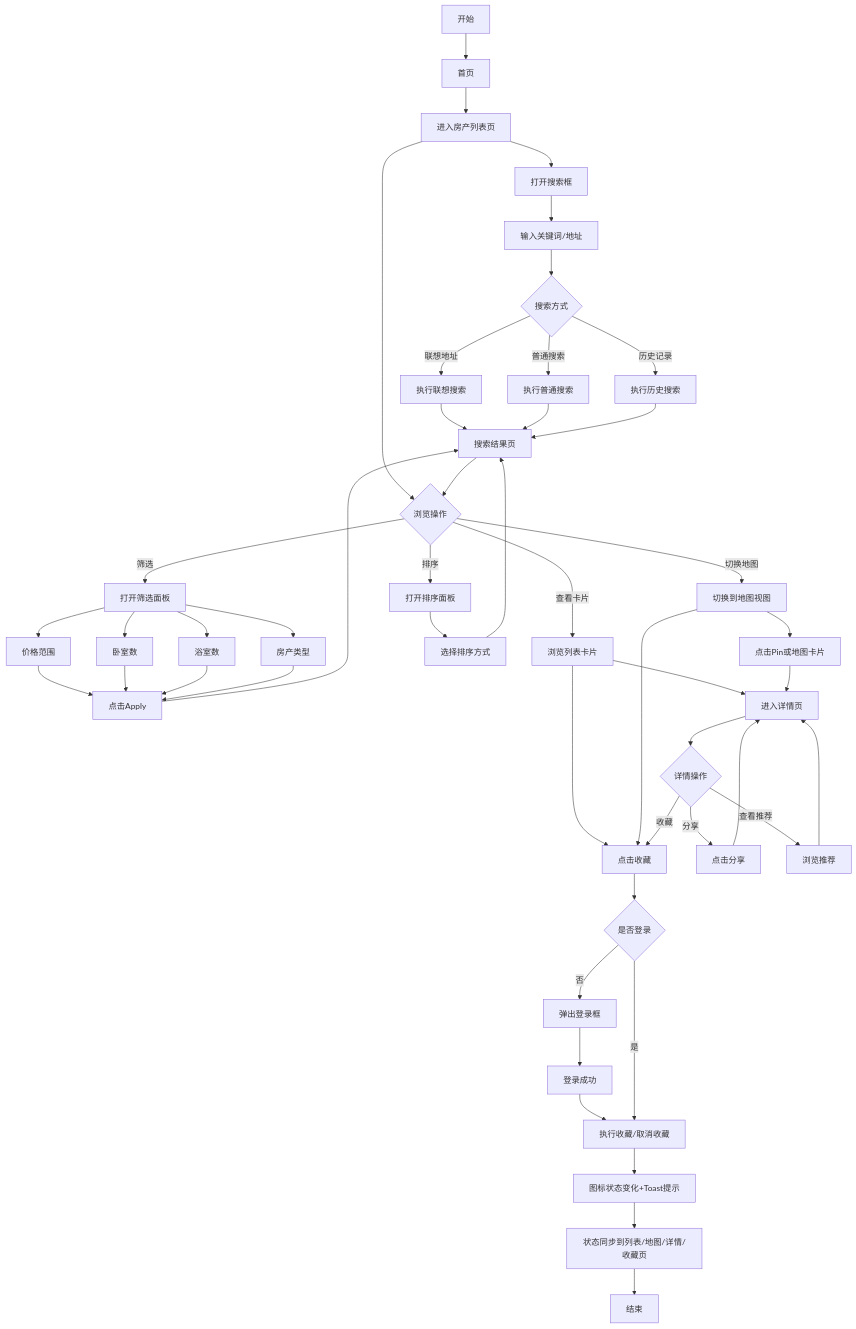
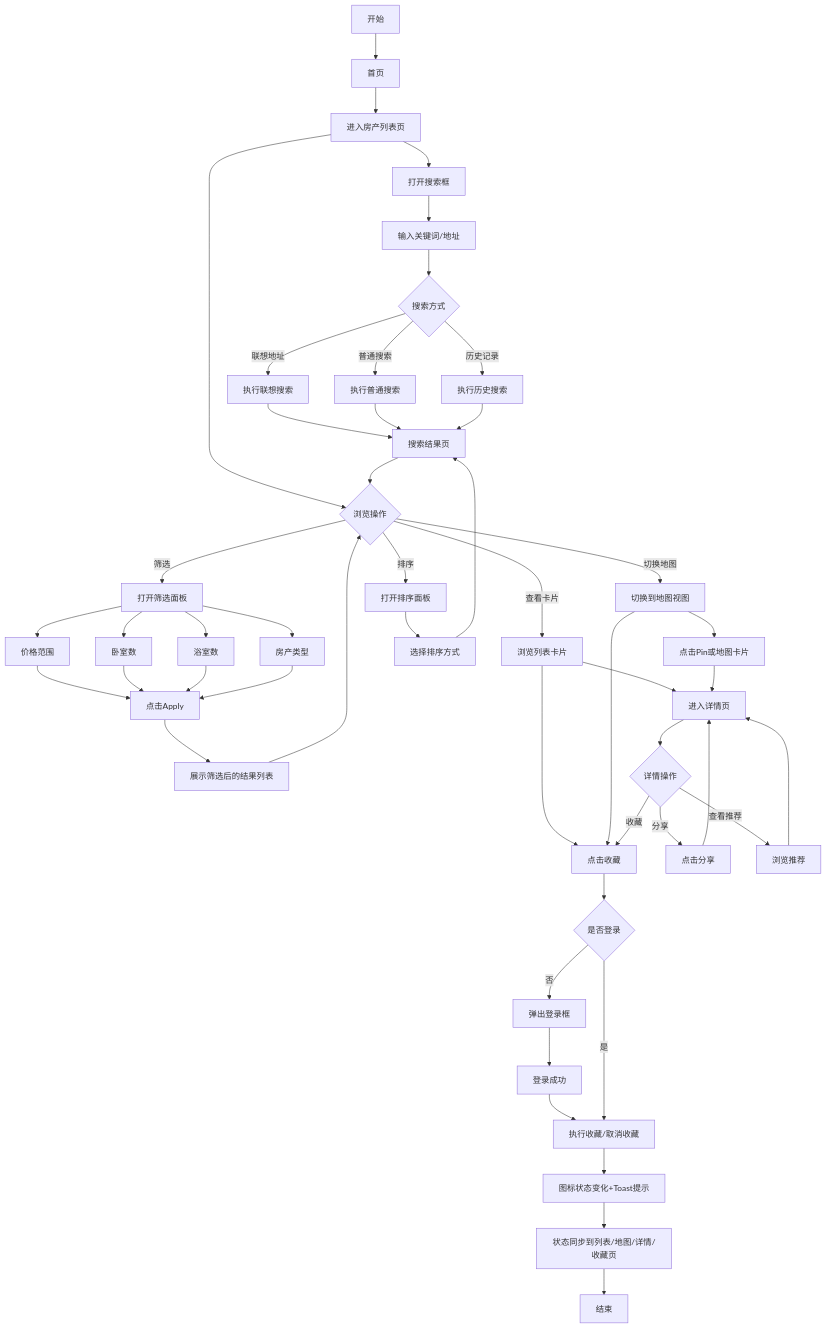
One commit to jiadan-user/jiacangku changed the diagram in bundled/knowledge_base/业务知识图谱/房产业务域/房产C端行为流程.md. Above: the diagram before and after it, drawn with Mermaid. The commit also changed other lines of this file, not shown here.

Commit message:
docs(房产): C端行为流程补充筛选Apply后结果列表
Made-with: Cursor

````diff
--- a/bundled/knowledge_base/业务知识图谱/房产业务域/房产C端行为流程.md
+++ b/bundled/knowledge_base/业务知识图谱/房产业务域/房产C端行为流程.md
@@ -9,58 +9,59 @@
 ```mermaid
 graph TD
     Start[开始] --> Home[首页]
     Home --> Entry[进入房产列表页]
 
     Entry --> SearchOpen[打开搜索框]
     SearchOpen --> SearchInput[输入关键词/地址]
     SearchInput --> SearchAction{搜索方式}
     SearchAction -->|联想地址| SearchAddr[执行联想搜索]
     SearchAction -->|普通搜索| SearchCommon[执行普通搜索]
     SearchAction -->|历史记录| SearchHistory[执行历史搜索]
     SearchAddr --> Result[搜索结果页]
     SearchCommon --> Result
     SearchHistory --> Result
 
     Entry --> BrowseAction{浏览操作}
     Result --> BrowseAction
     BrowseAction -->|筛选| FilterPanel[打开筛选面板]
     BrowseAction -->|排序| SortPanel[打开排序面板]
     BrowseAction -->|查看卡片| CardList[浏览列表卡片]
     BrowseAction -->|切换地图| MapView[切换到地图视图]
 
     FilterPanel --> FilterPrice[价格范围]
     FilterPanel --> FilterBeds[卧室数]
     FilterPanel --> FilterBaths[浴室数]
     FilterPanel --> FilterType[房产类型]
     FilterPrice --> FilterApply[点击Apply]
     FilterBeds --> FilterApply
     FilterBaths --> FilterApply
     FilterType --> FilterApply
-    FilterApply --> Result
+    FilterApply --> FilteredList[展示筛选后的结果列表]
+    FilteredList --> BrowseAction
 
     SortPanel --> SortSelect[选择排序方式]
     SortSelect --> Result
 
     CardList --> Detail[进入详情页]
     CardList --> FavClick[列表页点击收藏]
     MapView --> MapPin[点击Pin或地图卡片]
     MapPin --> Detail
     MapView --> FavClick[地图页点击收藏]
 
     Detail --> DetailAction{详情操作}
     DetailAction -->|收藏| FavClick[点击收藏]
     DetailAction -->|分享| Share[点击分享]
     DetailAction -->|查看推荐| Recommend[浏览推荐]
     Recommend --> Detail
 
     FavClick --> LoginCheck{是否登录}
     LoginCheck -->|否| LoginPopup[弹出登录框]
     LoginPopup --> LoginDone[登录成功]
     LoginDone --> FavToggle[执行收藏/取消收藏]
     LoginCheck -->|是| FavToggle
 
     FavToggle --> FavState[图标状态变化+Toast提示]
     FavState --> FavSync[状态同步到列表/地图/详情/收藏页]
     FavSync --> End[结束]
     Share --> Detail
 ```
````
